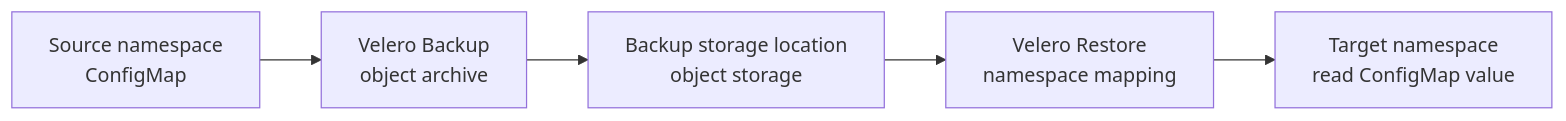
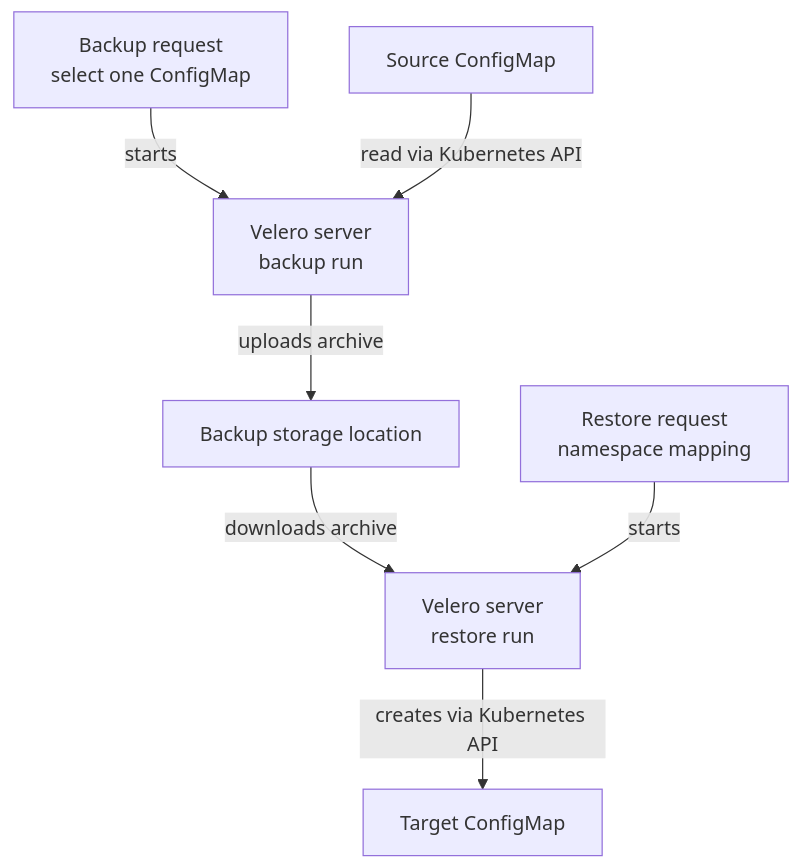
One commit to David-A18/MY-humble-knowledge-for-everyone changed the diagram in knowledge/migrations/velero/backup-restore-workflows.md. Above: the diagram before and after it, drawn with Mermaid. The commit also changed other lines of this file and 5 other files, not shown here.

Commit message:
Clarify Velero ConfigMap restore evidence and cleanup

````diff
--- a/knowledge/migrations/velero/backup-restore-workflows.md
+++ b/knowledge/migrations/velero/backup-restore-workflows.md
@@ -44,7 +51,9 @@
 ```mermaid
-flowchart LR
-  source["Source namespace<br/>ConfigMap"] --> backup["Velero Backup<br/>object archive"]
-  backup --> storage["Backup storage location<br/>object storage"]
-  storage --> restore["Velero Restore<br/>namespace mapping"]
-  restore --> target["Target namespace<br/>read ConfigMap value"]
+flowchart TB
+  backup["Backup request<br/>select one ConfigMap"] -->|"starts"| backupRun["Velero server<br/>backup run"]
+  source["Source ConfigMap"] -->|"read via Kubernetes API"| backupRun
+  backupRun -->|"uploads archive"| storage["Backup storage location"]
+  storage -->|"downloads archive"| restoreRun["Velero server<br/>restore run"]
+  restore["Restore request<br/>namespace mapping"] -->|"starts"| restoreRun
+  restoreRun -->|"creates via Kubernetes API"| target["Target ConfigMap"]
 ```
````
